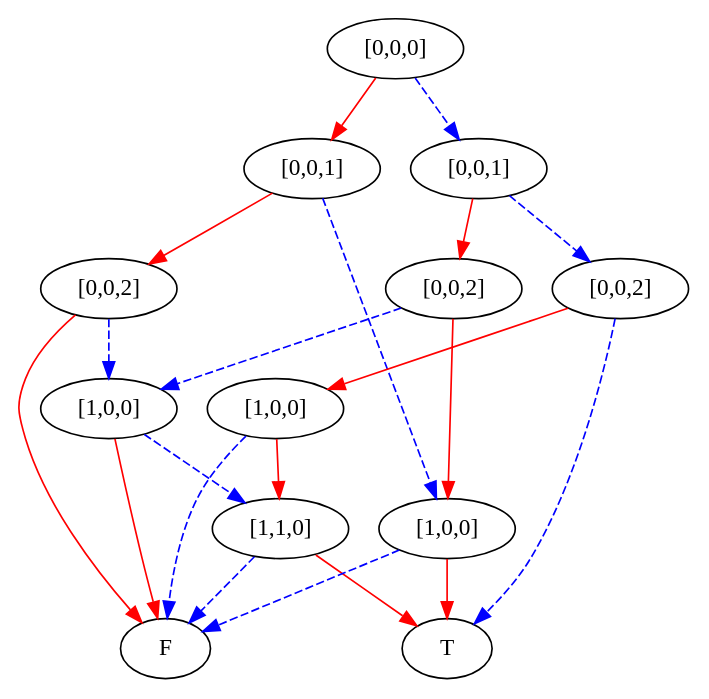
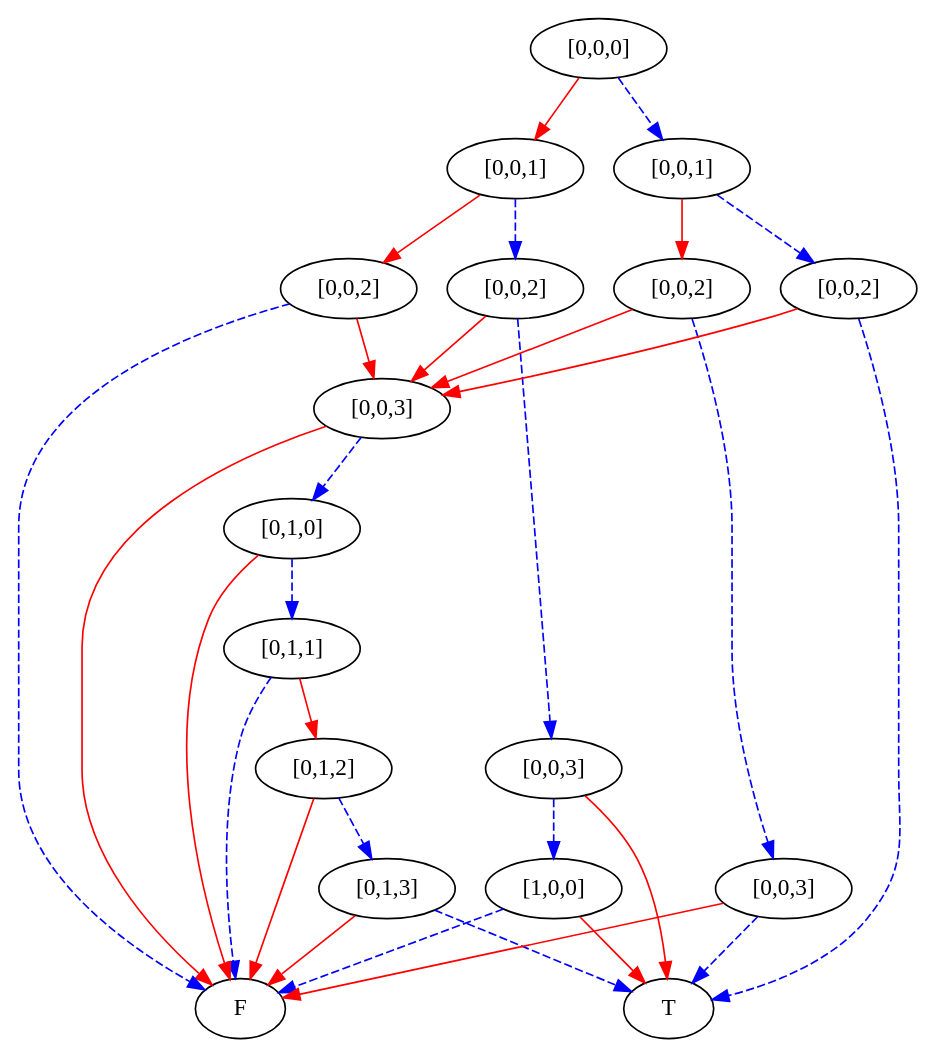
One commit to mburyakov/minxmod changed the diagram in simpleProgram3states.dot. Above: the diagram before and after it, drawn with Graphviz. The commit also changed 11 other files, not shown here.

```diff
--- a/simpleProgram3states.dot
+++ b/simpleProgram3states.dot
@@ -1,44 +1,64 @@
 digraph {
     1 [label=F];
     2 [label=T];
-    3 [label="[1,1,0]"];
-    4 [label="[1,0,0]"];
-    5 [label="[0,0,2]"];
-    6 [label="[1,0,0]"];
-    7 [label="[0,0,1]"];
+    3 [label="[0,1,3]"];
+    4 [label="[0,1,2]"];
+    5 [label="[0,1,1]"];
+    6 [label="[0,1,0]"];
+    7 [label="[0,0,3]"];
     8 [label="[0,0,2]"];
     9 [label="[1,0,0]"];
-    10 [label="[0,0,2]"];
-    11 [label="[0,0,1]"];
-    12 [label="[0,0,0]"];
-    3 -> 1 [style=dashed
+    10 [label="[0,0,3]"];
+    11 [label="[0,0,2]"];
+    12 [label="[0,0,1]"];
+    13 [label="[0,0,3]"];
+    14 [label="[0,0,2]"];
+    15 [label="[0,0,2]"];
+    16 [label="[0,0,1]"];
+    17 [label="[0,0,0]"];
+    3 -> 2 [style=dashed
            ,color=blue];
-    3 -> 2 [color=red];
+    3 -> 1 [color=red];
     4 -> 3 [style=dashed
            ,color=blue];
     4 -> 1 [color=red];
-    5 -> 4 [style=dashed
+    5 -> 4 [color=red];
+    5 -> 1 [style=dashed
            ,color=blue];
-    5 -> 1 [color=red];
-    6 -> 1 [style=dashed
+    6 -> 5 [style=dashed
            ,color=blue];
-    6 -> 2 [color=red];
-    7 -> 5 [color=red];
+    6 -> 1 [color=red];
     7 -> 6 [style=dashed
            ,color=blue];
-    8 -> 4 [style=dashed
+    7 -> 1 [color=red];
+    8 -> 7 [color=red];
+    8 -> 1 [style=dashed
            ,color=blue];
-    8 -> 6 [color=red];
-    9 -> 3 [color=red];
     9 -> 1 [style=dashed
            ,color=blue];
-    10 -> 9 [color=red];
-    10 -> 2 [style=dashed
+    9 -> 2 [color=red];
+    10 -> 9 [style=dashed
             ,color=blue];
-    11 -> 8 [color=red];
+    10 -> 2 [color=red];
+    11 -> 7 [color=red];
     11 -> 10 [style=dashed
              ,color=blue];
-    12 -> 7 [color=red];
+    12 -> 8 [color=red];
     12 -> 11 [style=dashed
              ,color=blue];
+    13 -> 2 [style=dashed
+            ,color=blue];
+    13 -> 1 [color=red];
+    14 -> 7 [color=red];
+    14 -> 13 [style=dashed
+             ,color=blue];
+    15 -> 7 [color=red];
+    15 -> 2 [style=dashed
+            ,color=blue];
+    16 -> 14 [color=red];
+    16 -> 15 [style=dashed
+             ,color=blue];
+    17 -> 12 [color=red];
+    17 -> 16 [style=dashed
+             ,color=blue];
 }
```
